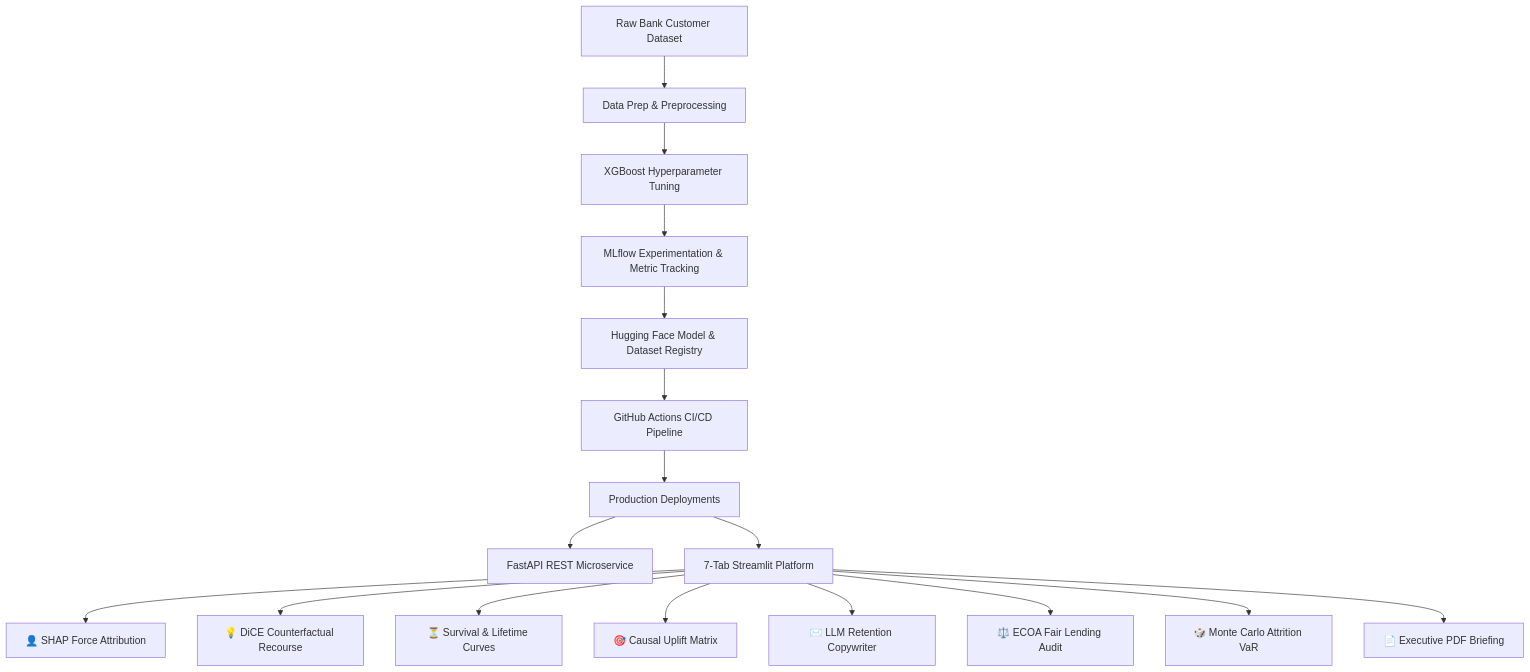
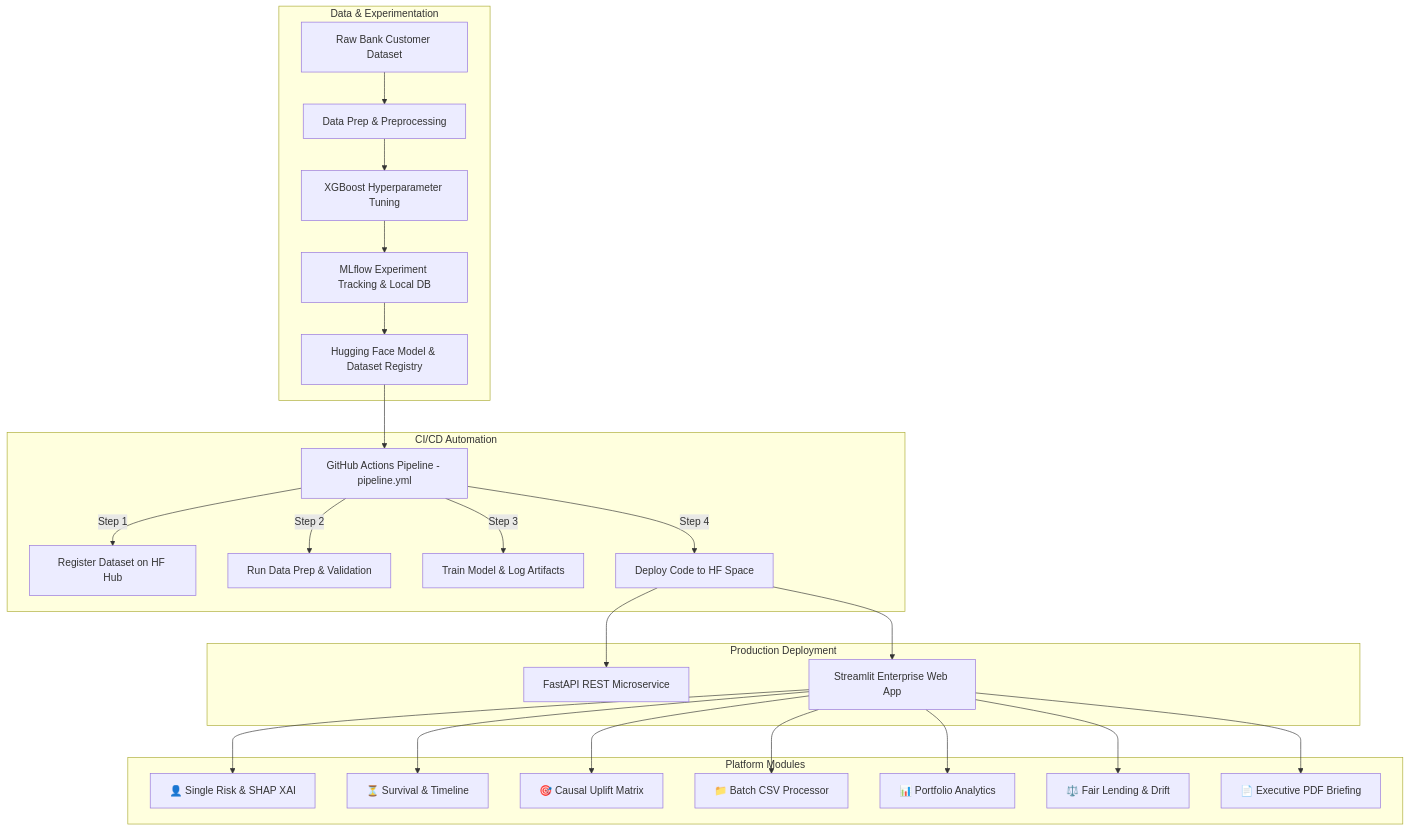
Before and after one commit to krish2105/Project-4-SDAIM: the diagram in README.md, drawn with Mermaid. The commit also changed other lines of this file and 6 other files, not shown here.

Commit message:
docs: update README with links, system architecture, and UI screenshots

````diff
--- a/README.md
+++ b/README.md
@@ -20,22 +96,32 @@
 ```mermaid
 graph TD
-    A[Raw Bank Customer Dataset] --> B[Data Prep & Preprocessing]
-    B --> C[XGBoost Hyperparameter Tuning]
-    C --> D[MLflow Experimentation & Metric Tracking]
-    D --> E[Hugging Face Model & Dataset Registry]
-    
-    E --> F[GitHub Actions CI/CD Pipeline]
-    F --> G[Production Deployments]
+    subgraph Data & Experimentation
+        A[Raw Bank Customer Dataset] --> B[Data Prep & Preprocessing]
+        B --> C[XGBoost Hyperparameter Tuning]
+        C --> D[MLflow Experiment Tracking & Local DB]
+        D --> E[Hugging Face Model & Dataset Registry]
+    end
 
-    G --> H[FastAPI REST Microservice]
-    G --> I[7-Tab Streamlit Platform]
+    subgraph CI/CD Automation
+        E --> F[GitHub Actions Pipeline - pipeline.yml]
+        F -->|Step 1| G1[Register Dataset on HF Hub]
+        F -->|Step 2| G2[Run Data Prep & Validation]
+        F -->|Step 3| G3[Train Model & Log Artifacts]
+        F -->|Step 4| G4[Deploy Code to HF Space]
+    end
 
-    I --> I1[👤 SHAP Force Attribution]
-    I --> I2[💡 DiCE Counterfactual Recourse]
-    I --> I3[⏳ Survival & Lifetime Curves]
-    I --> I4[🎯 Causal Uplift Matrix]
-    I --> I5[✉️ LLM Retention Copywriter]
-    I --> I6[⚖️ ECOA Fair Lending Audit]
-    I --> I7[🎲 Monte Carlo Attrition VaR]
-    I --> I8[📄 Executive PDF Briefing]
+    subgraph Production Deployment
+        G4 --> H[FastAPI REST Microservice]
+        G4 --> I[Streamlit Enterprise Web App]
+    end
+
+    subgraph Platform Modules
+        I --> T1[👤 Single Risk & SHAP XAI]
+        I --> T2[⏳ Survival & Timeline]
+        I --> T3[🎯 Causal Uplift Matrix]
+        I --> T4[📁 Batch CSV Processor]
+        I --> T5[📊 Portfolio Analytics]
+        I --> T6[⚖️ Fair Lending & Drift]
+        I --> T7[📄 Executive PDF Briefing]
+    end
 ```
````
